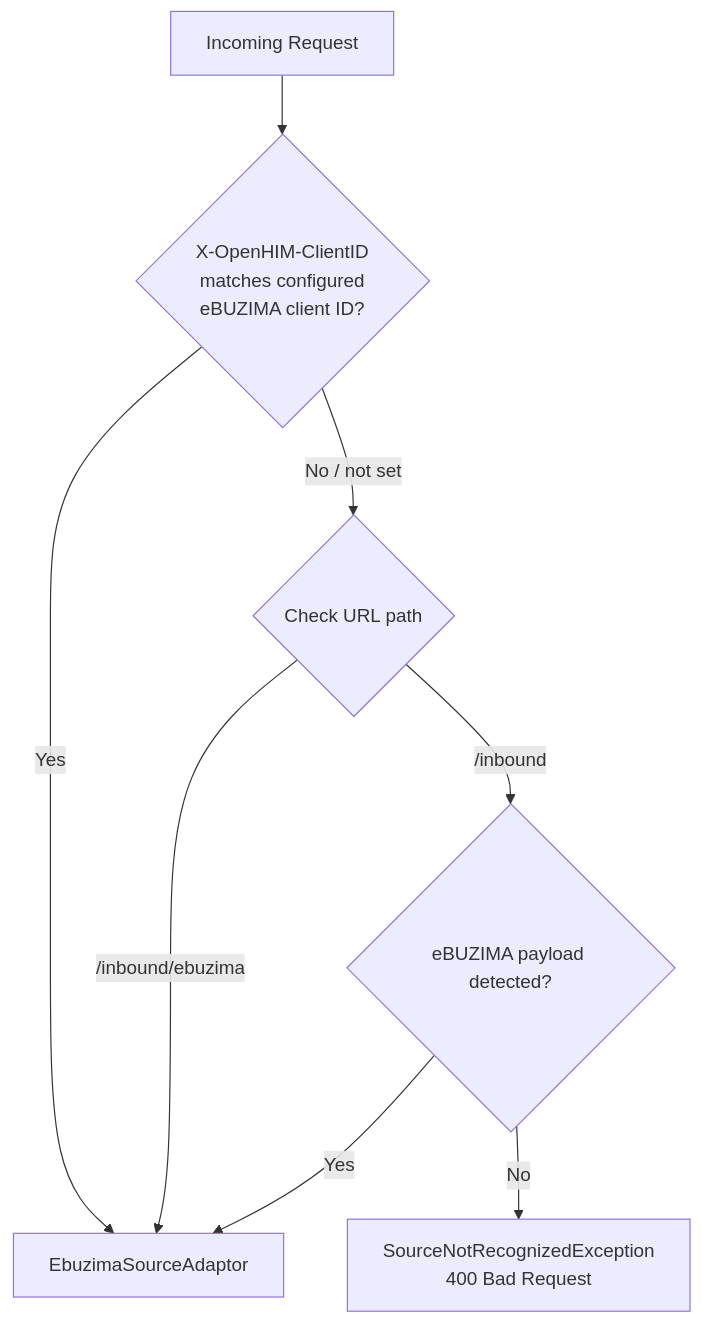
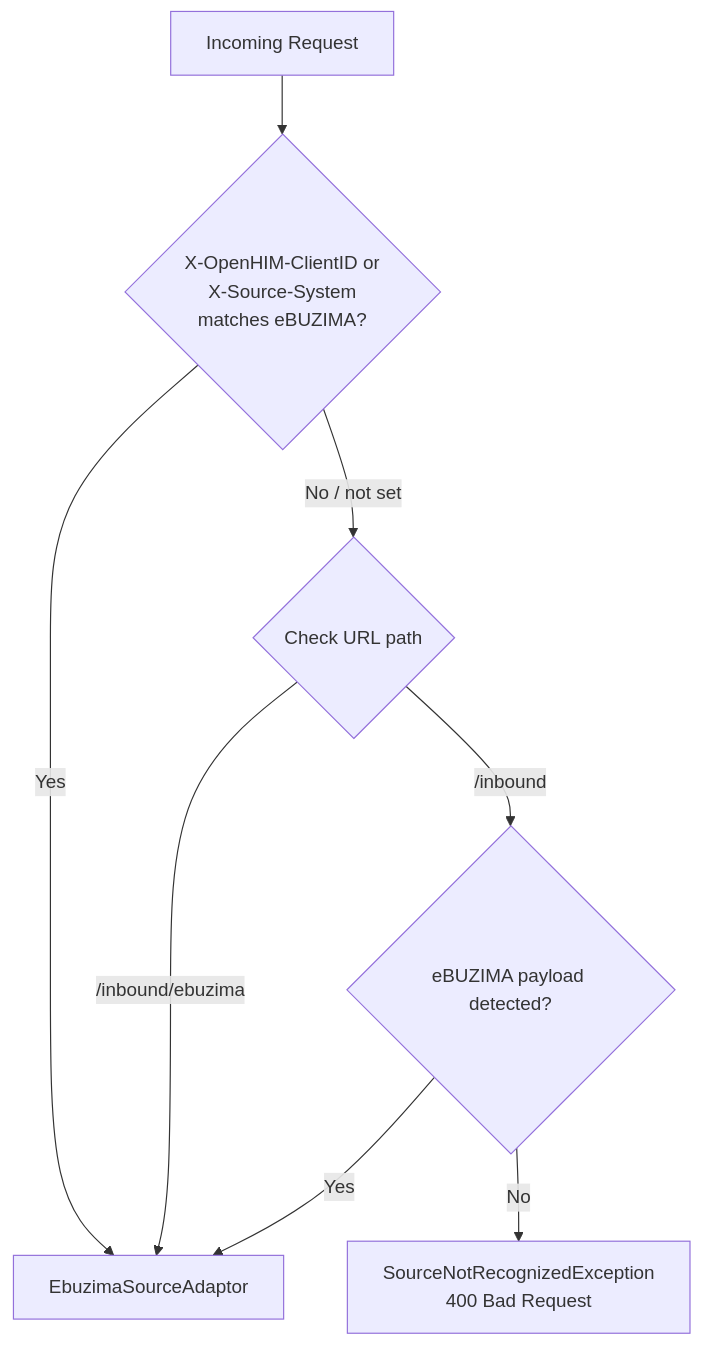
The fourth of 4 diagrams in docs/high-level-design.md (Jayaprakash8887/openhim-cce-emitter-adaptor), drawn with Mermaid before and after one commit. The commit also changed 6 other files, not shown here.

````diff
--- a/docs/high-level-design.md
+++ b/docs/high-level-design.md
@@ -183,13 +183,13 @@
 ```mermaid
 flowchart TD
-    A[Incoming Request] --> B{X-OpenHIM-ClientID<br/>matches configured<br/>eBUZIMA client ID?}
+    A[Incoming Request] --> B{X-OpenHIM-ClientID or<br/>X-Source-System<br/>matches eBUZIMA?}
 
     B -->|Yes| C[EbuzimaSourceAdaptor]
     B -->|No / not set| G{Check URL path}
 
     G -->|/inbound/ebuzima| C
     G -->|/inbound| H{eBUZIMA payload detected?}
 
     H -->|Yes| C
     H -->|No| J[SourceNotRecognizedException<br/>400 Bad Request]
 ```
````
